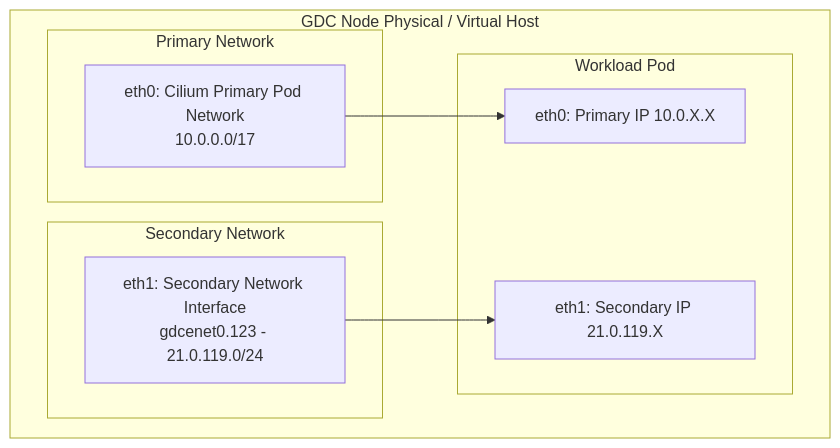
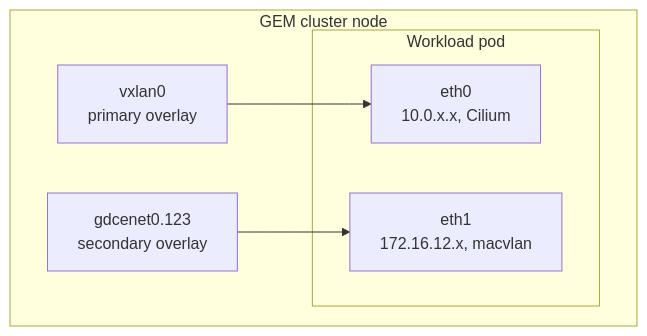
One commit to GDC-ConsumerEdge/gem-gdc-emulation-environment changed the first of 3 diagrams in docs/secondary-networks.md. Above: the diagram before and after it, drawn with Mermaid. The commit also changed other lines of this file and 37 other files, not shown here.

````diff
--- a/docs/secondary-networks.md
+++ b/docs/secondary-networks.md
@@ -15,18 +28,13 @@
 ```mermaid
-graph TB
-    subgraph GDC Node Physical / Virtual Host
-        subgraph Primary Network
-            ETH0[eth0: Cilium Primary Pod Network<br>10.0.0.0/17]
-        end
-        subgraph Secondary Network
-            ETH1[eth1: Secondary Network Interface<br>gdcenet0.123 - 21.0.119.0/24]
-        end
-        subgraph Workload Pod
-            POD_ETH0[eth0: Primary IP 10.0.X.X]
-            POD_ETH1[eth1: Secondary IP 21.0.119.X]
+flowchart TB
+    subgraph NODE["GEM cluster node"]
+        VX["vxlan0<br>primary overlay"]
+        GD["gdcenet0.123<br>secondary overlay"]
+        subgraph POD["Workload pod"]
+            E0["eth0<br>10.0.x.x, Cilium"]
+            E1["eth1<br>172.16.12.x, macvlan"]
         end
     end
-
-    ETH0 --> POD_ETH0
-    ETH1 --> POD_ETH1
+    VX --> E0
+    GD --> E1
 ```
````
